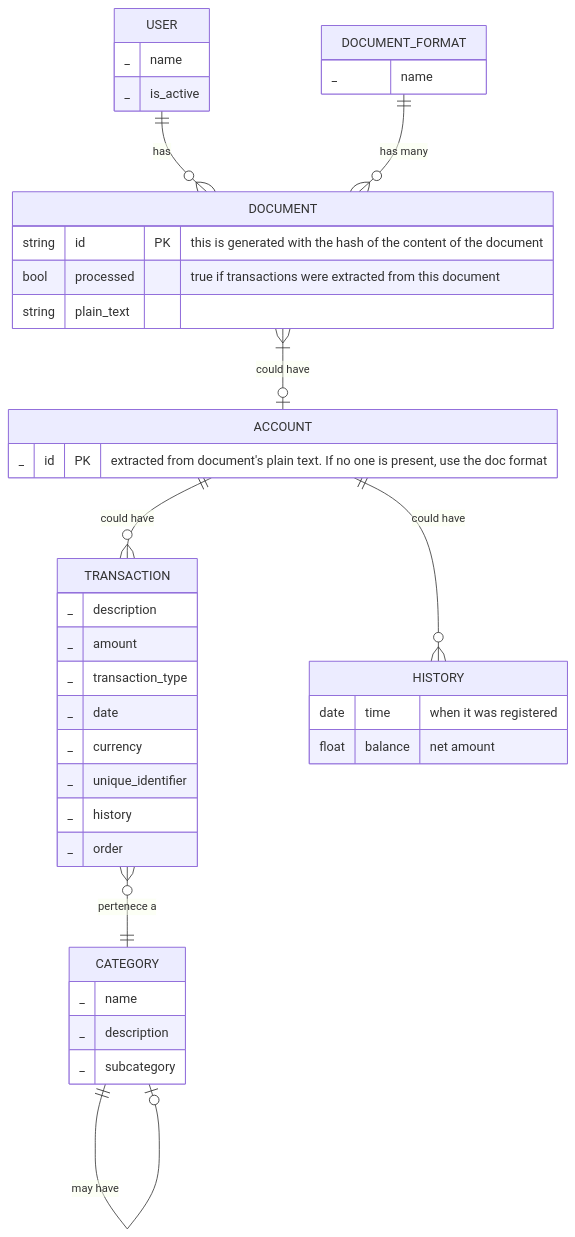
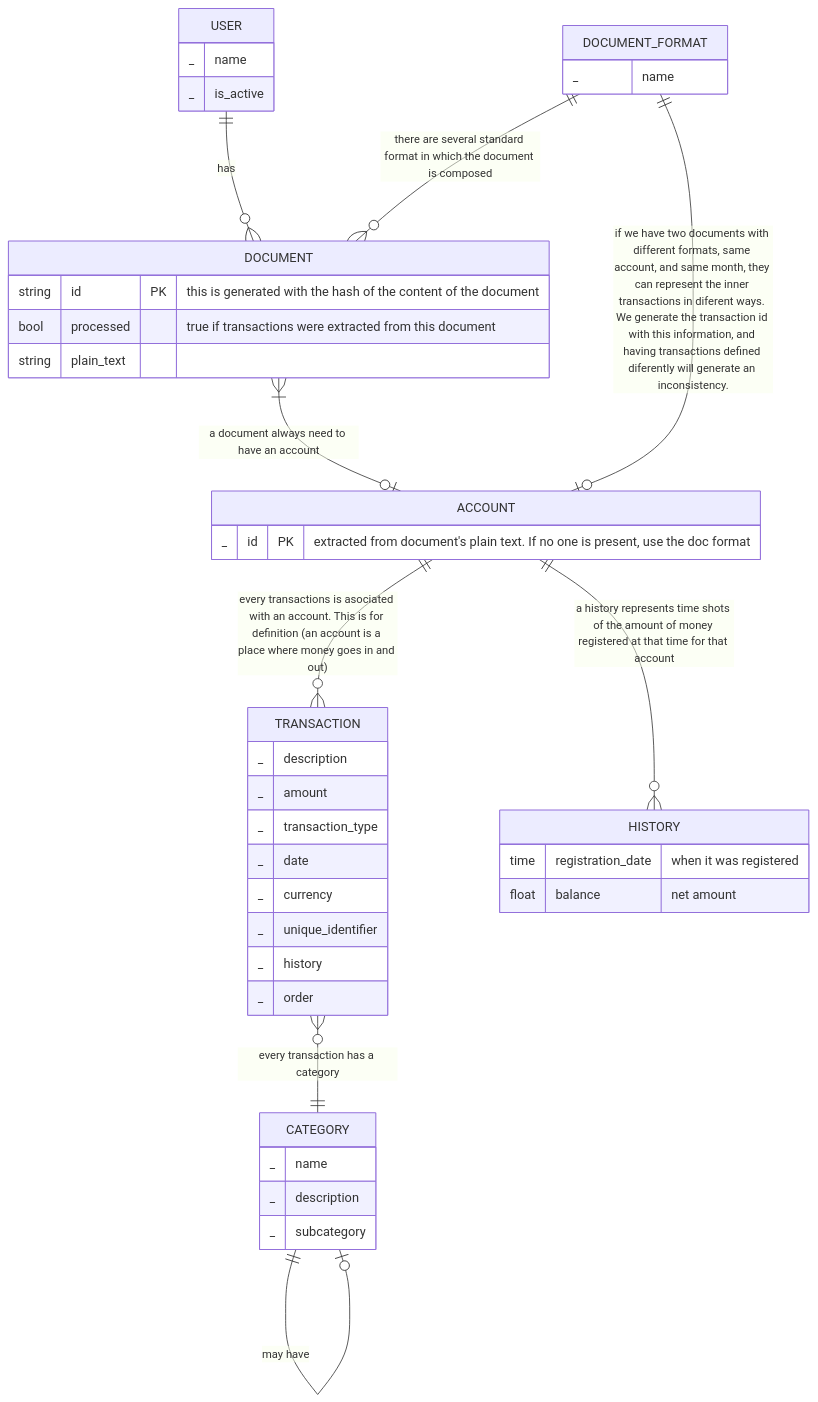
Before and after one commit to josueelias9/improving-BCP-organizate: the diagram in new-service/app/README.md, drawn with Mermaid. The commit also changed 14 other files, not shown here.

First line of the commit message:
refactor: refactor document date handling and update README

````diff
--- a/new-service/app/README.md
+++ b/new-service/app/README.md
@@ -22,56 +22,57 @@
 ```mermaid
 erDiagram
 
 
     USER {
         _ name
         _ is_active
     }
 
     TRANSACTION {
         _ description
         _ amount
         _ transaction_type
         _ date
         _ currency
         _ unique_identifier 
         _ history
         _ order
     }
 
     HISTORY {
-        date time "when it was registered"
+        time registration_date "when it was registered"
         float balance "net amount"
     }
 
     CATEGORY {
         _ name
         _ description
         _ subcategory
     }
 
     DOCUMENT_FORMAT {
         _ name
     }
 
 
     ACCOUNT {        
         _ id PK "extracted from document's plain text. If no one is present, use the doc format"
     }
 
     DOCUMENT {
         string id PK "this is generated with the hash of the content of the document"
         bool processed "true if transactions were extracted from this document"
         string plain_text
     }
 
     %% Relaciones
     USER ||--o{ DOCUMENT : "has"
-    ACCOUNT ||--o{ TRANSACTION : "could have"
-    TRANSACTION }o--|| CATEGORY : "pertenece a"
+    ACCOUNT ||--o{ TRANSACTION : "every transactions is asociated with an account. This is for definition (an account is a place where money goes in and out)"
+    TRANSACTION }o--|| CATEGORY : "every transaction has a category"
     CATEGORY ||--o| CATEGORY : "may have"
-    DOCUMENT_FORMAT ||--o{ DOCUMENT : "has many"
-    DOCUMENT }|--o| ACCOUNT : "could have"
-    ACCOUNT ||--o{ HISTORY : "could have"
+    DOCUMENT_FORMAT ||--o{ DOCUMENT : "there are several standard format in which the document is composed"
+    DOCUMENT_FORMAT ||--o| ACCOUNT : "if we have two documents with different formats, same account, and same month, they can represent the inner transactions in diferent ways. We generate the transaction id with this information, and having transactions defined diferently will generate an inconsistency."
+    DOCUMENT }|--o| ACCOUNT : "a document always need to have an account"
+    ACCOUNT ||--o{ HISTORY : "a history represents time shots of the amount of money registered at that time for that account"
     
 ```
````
